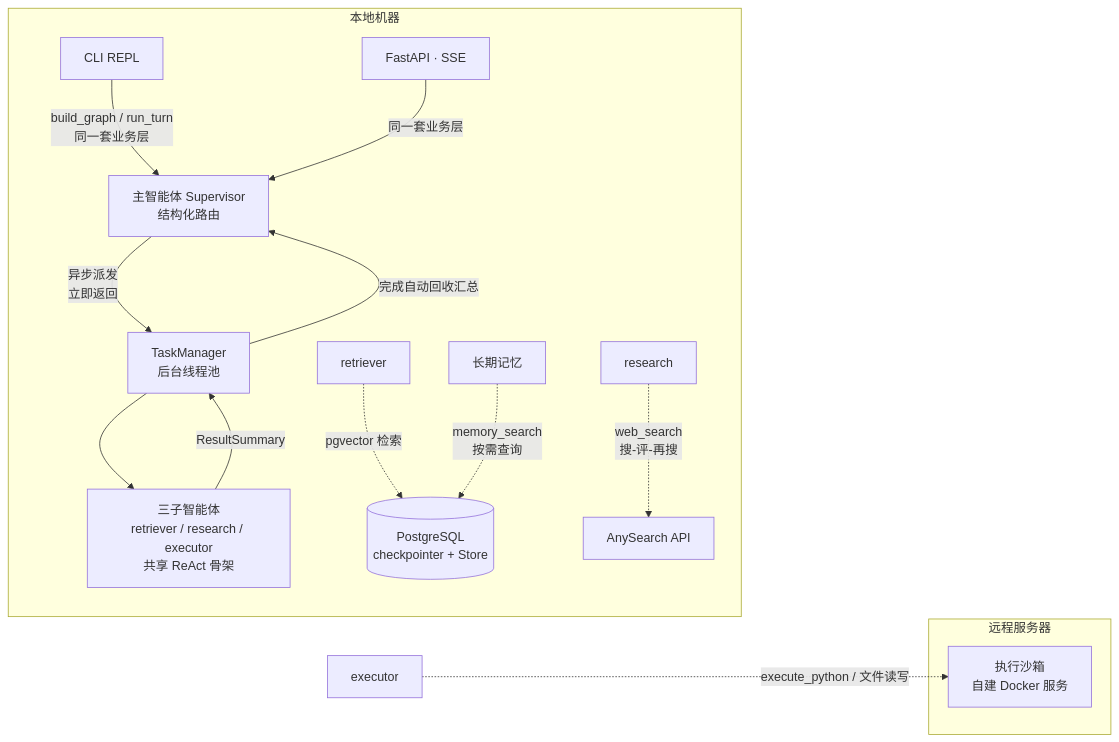
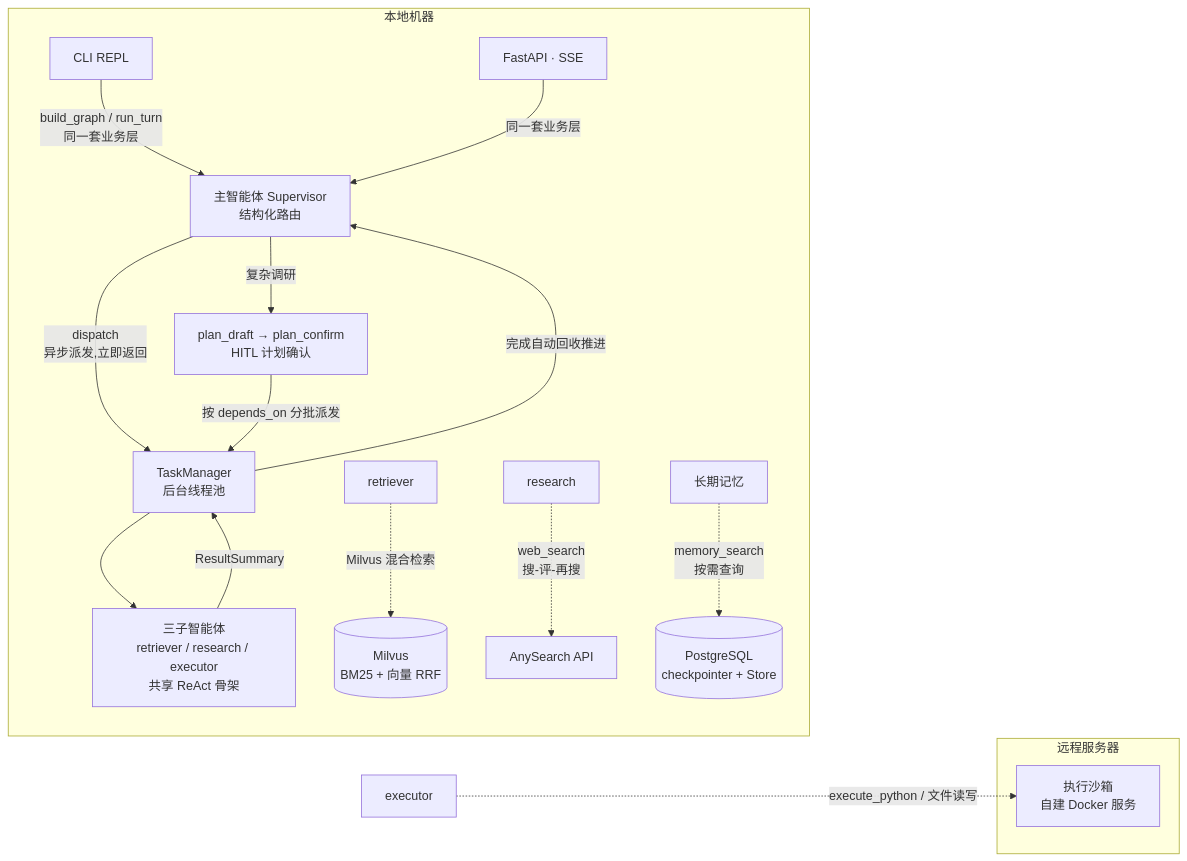
One commit to Moon-mast/TaskForce_Agent changed the diagram in README.md. Above: the diagram before and after it, drawn with Mermaid. The commit also changed other lines of this file and 38 other files, not shown here.

````diff
--- a/README.md
+++ b/README.md
@@ -25,18 +21,20 @@
 ```mermaid
 flowchart LR
     subgraph 本地[本地机器]
         CLI[CLI REPL] -->|build_graph / run_turn<br/>同一套业务层| SUP[主智能体 Supervisor<br/>结构化路由]
         API[FastAPI · SSE] -->|同一套业务层| SUP
-        SUP -->|异步派发<br/>立即返回| TM[TaskManager<br/>后台线程池]
+        SUP -->|复杂调研| PD[plan_draft → plan_confirm<br/>HITL 计划确认]
+        SUP -->|dispatch<br/>异步派发,立即返回| TM[TaskManager<br/>后台线程池]
+        PD -->|按 depends_on 分批派发| TM
         TM --> SUB[三子智能体<br/>retriever / research / executor<br/>共享 ReAct 骨架]
         SUB -->|ResultSummary| TM
-        TM -->|完成自动回收汇总| SUP
-        RET[retriever] -.->|pgvector 检索| DB[(PostgreSQL<br/>checkpointer + Store)]
+        TM -->|完成自动回收推进| SUP
+        RET[retriever] -.->|Milvus 混合检索| MV[(Milvus<br/>BM25 + 向量 RRF)]
         RES[research] -.->|web_search<br/>搜-评-再搜| AS[AnySearch API]
-        MEM[长期记忆] -.->|memory_search<br/>按需查询| DB
+        MEM[长期记忆] -.->|memory_search<br/>按需查询| DB[(PostgreSQL<br/>checkpointer + Store)]
     end
     subgraph 远程[远程服务器]
         SB[执行沙箱<br/>自建 Docker 服务]
     end
     EXE[executor] -.->|execute_python / 文件读写| SB
 ```
````
